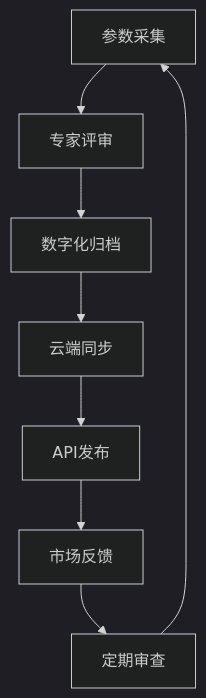
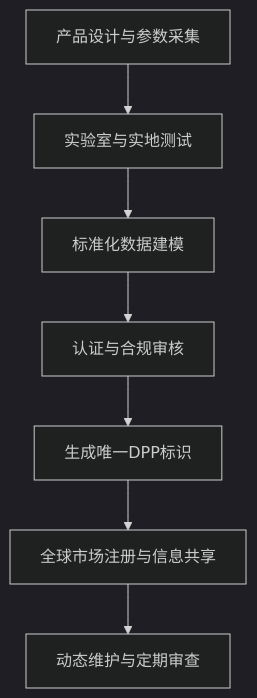
The second of 2 diagrams in results_perplexity/topic_1_产品国际化护照构建/report_topic_1_perplexity.md (Miles2048/research-agent), drawn with Mermaid (dark theme) before and after one commit. The commit also changed other lines of this file and 27 other files, not shown here.

````diff
--- a/results_perplexity/topic_1_产品国际化护照构建/report_topic_1_perplexity.md
+++ b/results_perplexity/topic_1_产品国际化护照构建/report_topic_1_perplexity.md
@@ -243,10 +239,9 @@
 ```mermaid
 flowchart TD
-    A[参数采集] --> B[专家评审]
-    B --> C[数字化归档]
-    C --> D[云端同步]
-    D --> E[API发布]
-    E --> F[市场反馈]
-    F --> G[定期审查]
-    G --> A
+    A[产品设计与参数采集] --> B[实验室与实地测试]
+    B --> C[标准化数据建模]
+    C --> D[认证与合规审核]
+    D --> E[生成唯一DPP标识]
+    E --> F[全球市场注册与信息共享]
+    F --> G[动态维护与定期审查]
 ```
````
